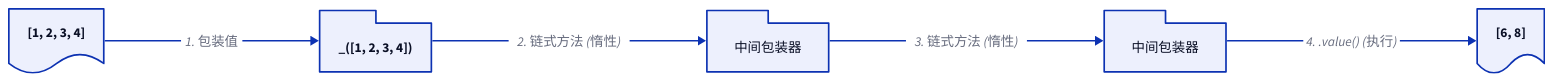
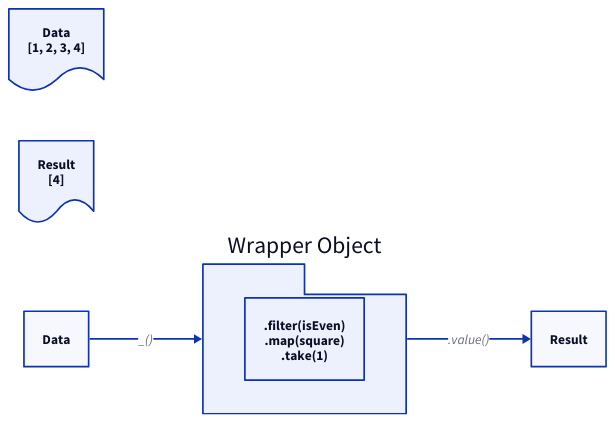
The diagram in .aigne/doc-smith/docs/api-seq.zh.md (lban2049/lodash), drawn with D2 before and after one commit. The commit also changed other lines of this file and 40 other files, not shown here.

````diff
--- a/.aigne/doc-smith/docs/api-seq.zh.md
+++ b/.aigne/doc-smith/docs/api-seq.zh.md
@@ -15,34 +9,24 @@
 ```d2
 direction: right
 
-"初始数组" { 
+"Data\n[1, 2, 3, 4]": {
   shape: document
-  label: "[1, 2, 3, 4]"
 }
 
-"已包装" {
+"Wrapper-Object": {
+  label: "Wrapper Object"
   shape: package
-  label: "_([1, 2, 3, 4])"
+  
+  "Operations": {
+    shape: rectangle
+    label: ".filter(isEven)\n.map(square)\n.take(1)"
+  }
 }
 
-"map(n => n * 2)" {
-  shape: package
-  label: "中间包装器"
+"Result\n[4]": {
+  shape: document
 }
 
-"filter(n => n > 4)" {
-  shape: package
-  label: "中间包装器"
-}
-
-"结果" {
-  shape: document
-  label: "[6, 8]"
-}
-
-"初始数组" -> "已包装": "1. 包装值"
-"已包装" -> "map(n => n * 2)": "2. 链式方法 (惰性)"
-"map(n => n * 2)" -> "filter(n => n > 4)": "3. 链式方法 (惰性)"
-"filter(n => n > 4)" -> "结果": "4. .value() (执行)"
-
+Data -> "Wrapper-Object": "_()"
+"Wrapper-Object" -> Result: ".value()"
 ```
````
